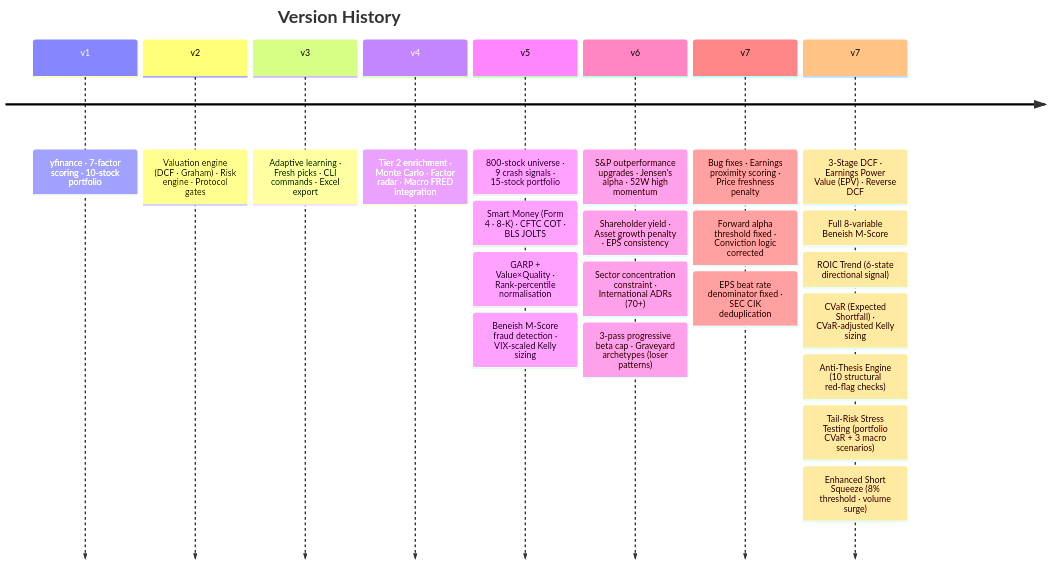
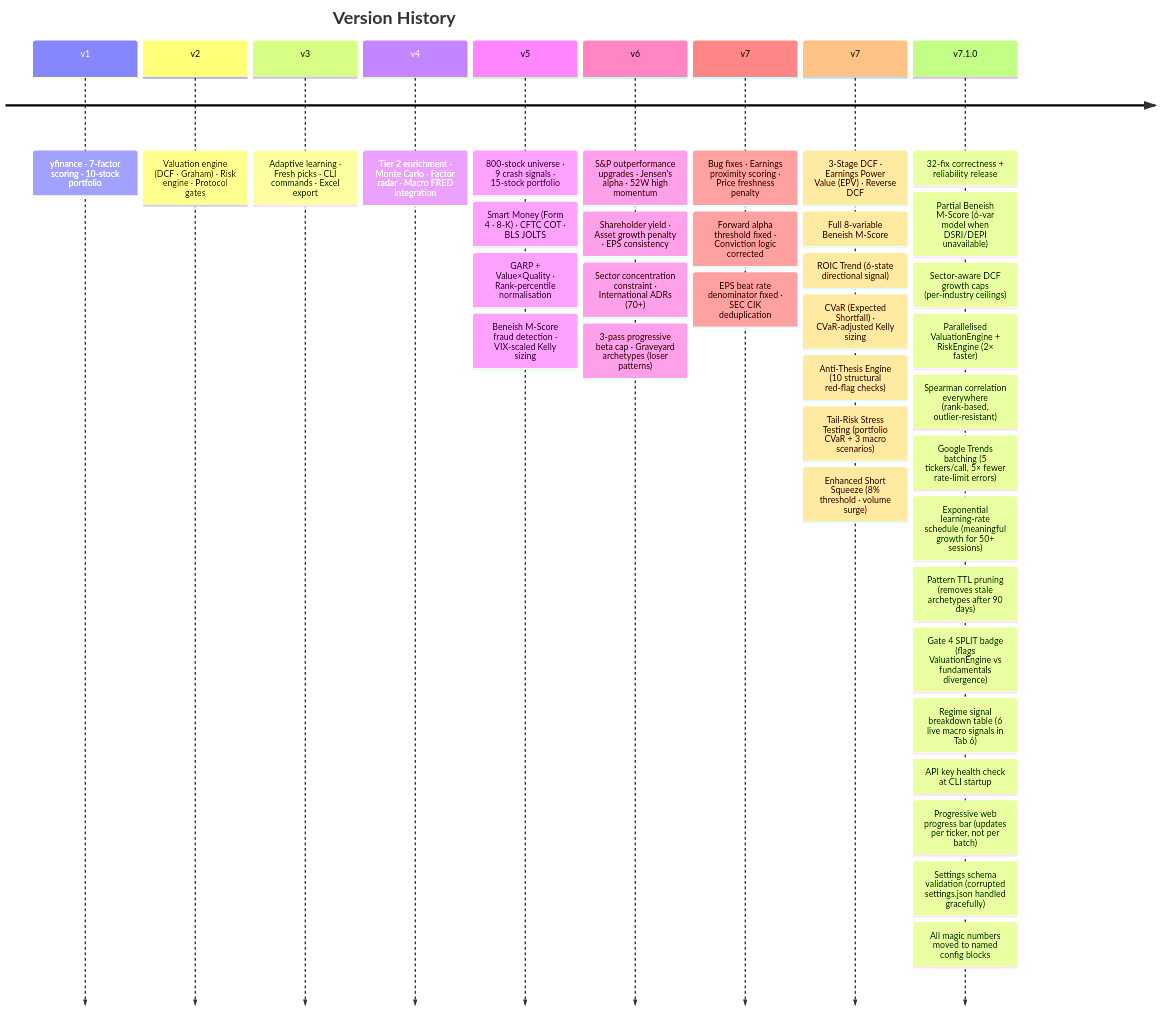
The fourth of 4 diagrams in README.md (Justme-Cliff/Investing-ML), drawn with Mermaid before and after one commit. The commit also changed other lines of this file and 3 other files, not shown here.

````diff
--- a/README.md
+++ b/README.md
@@ -721,26 +721,40 @@
 ```mermaid
 timeline
     title Version History
     v1 : yfinance · 7-factor scoring · 10-stock portfolio
     v2 : Valuation engine (DCF · Graham) · Risk engine · Protocol gates
     v3 : Adaptive learning · Fresh picks · CLI commands · Excel export
     v4 : Tier 2 enrichment · Monte Carlo · Factor radar · Macro FRED integration
     v5 : 800-stock universe · 9 crash signals · 15-stock portfolio
        : Smart Money (Form 4 · 8-K) · CFTC COT · BLS JOLTS
        : GARP + Value×Quality · Rank-percentile normalisation
        : Beneish M-Score fraud detection · VIX-scaled Kelly sizing
     v6 : S&P outperformance upgrades · Jensen's alpha · 52W high momentum
        : Shareholder yield · Asset growth penalty · EPS consistency
        : Sector concentration constraint · International ADRs (70+)
        : 3-pass progressive beta cap · Graveyard archetypes (loser patterns)
     v7 : Bug fixes · Earnings proximity scoring · Price freshness penalty
        : Forward alpha threshold fixed · Conviction logic corrected
        : EPS beat rate denominator fixed · SEC CIK deduplication
     v7 : 3-Stage DCF · Earnings Power Value (EPV) · Reverse DCF
        : Full 8-variable Beneish M-Score
        : ROIC Trend (6-state directional signal)
        : CVaR (Expected Shortfall) · CVaR-adjusted Kelly sizing
        : Anti-Thesis Engine (10 structural red-flag checks)
        : Tail-Risk Stress Testing (portfolio CVaR + 3 macro scenarios)
        : Enhanced Short Squeeze (8% threshold · volume surge)
+    v7.1.0 : 32-fix correctness + reliability release
+           : Partial Beneish M-Score (6-var model when DSRI/DEPI unavailable)
+           : Sector-aware DCF growth caps (per-industry ceilings)
+           : Parallelised ValuationEngine + RiskEngine (2× faster)
+           : Spearman correlation everywhere (rank-based, outlier-resistant)
+           : Google Trends batching (5 tickers/call, 5× fewer rate-limit errors)
+           : Exponential learning-rate schedule (meaningful growth for 50+ sessions)
+           : Pattern TTL pruning (removes stale archetypes after 90 days)
+           : Gate 4 SPLIT badge (flags ValuationEngine vs fundamentals divergence)
+           : Regime signal breakdown table (6 live macro signals in Tab 6)
+           : API key health check at CLI startup
+           : Progressive web progress bar (updates per ticker, not per batch)
+           : Settings schema validation (corrupted settings.json handled gracefully)
+           : All magic numbers moved to named config blocks
 ```
````
